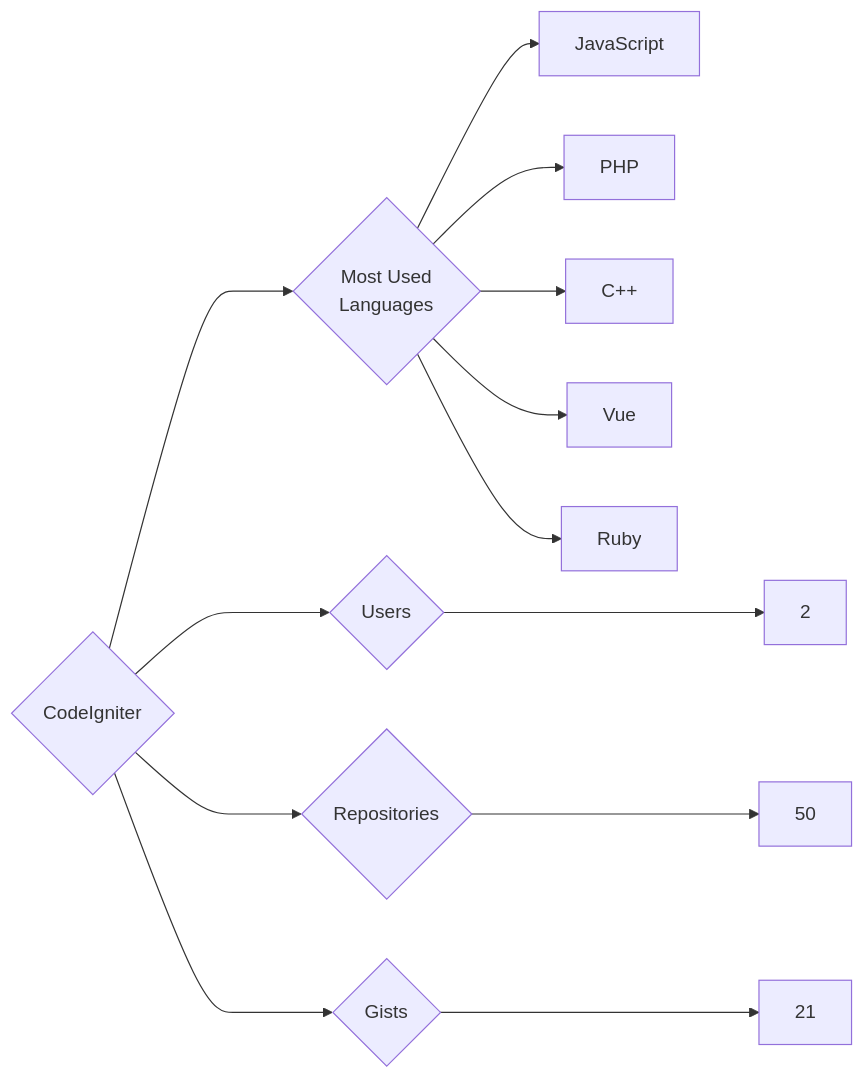
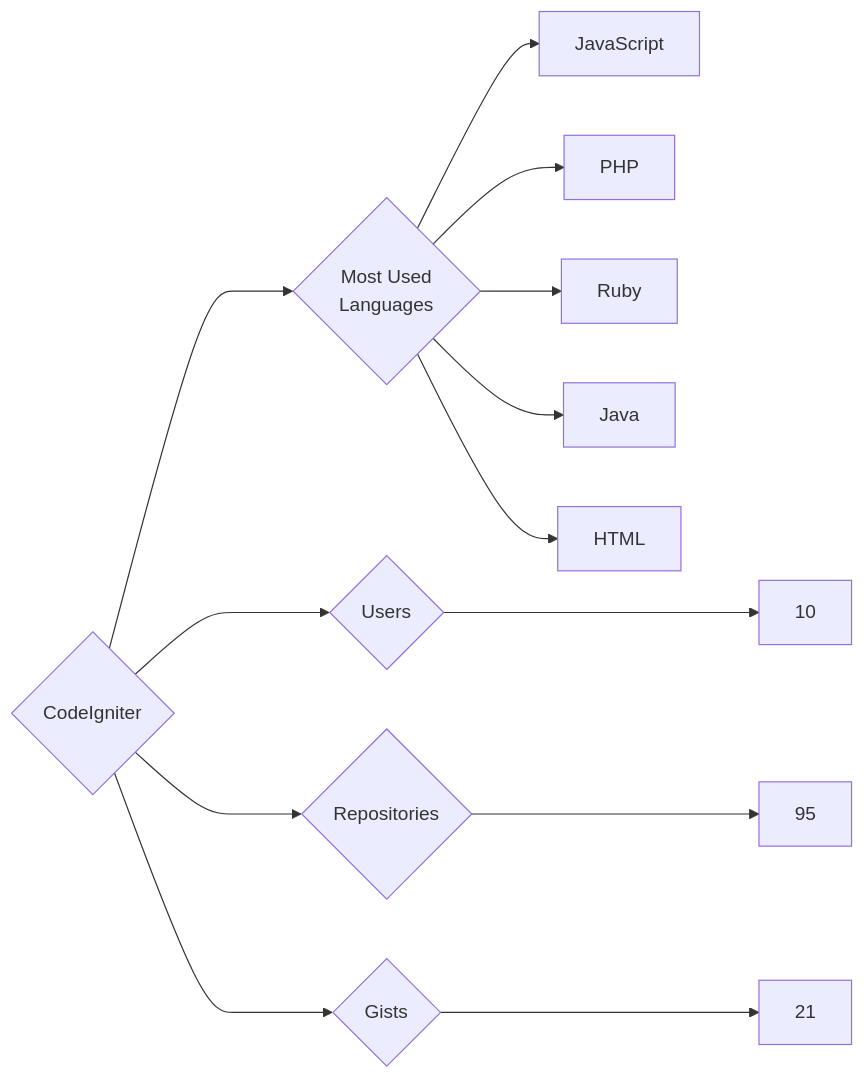
Before and after one commit to trickest/insiders: the diagram in targets/CodeIgniter/README.md, drawn with Mermaid. The commit also changed 998 other files, not shown here.

````diff
--- a/targets/CodeIgniter/README.md
+++ b/targets/CodeIgniter/README.md
@@ -3,13 +3,13 @@
 ```mermaid
 graph LR
 COMPANY_NAME{CodeIgniter}
-COMPANY_NAME ---> U{Users} ---> UN[2]
-COMPANY_NAME ---> R{Repositories} ---> RN[50]
+COMPANY_NAME ---> U{Users} ---> UN[10]
+COMPANY_NAME ---> R{Repositories} ---> RN[95]
 COMPANY_NAME ---> G{Gists} ---> GN[21]
 COMPANY_NAME ---> ML{Most Used<br>Languages}
 ML --> JavaScript[JavaScript]
 ML --> PHP[PHP]
-ML --> C++[C++]
-ML --> Vue[Vue]
 ML --> Ruby[Ruby]
+ML --> Java[Java]
+ML --> HTML[HTML]
 ```
````
